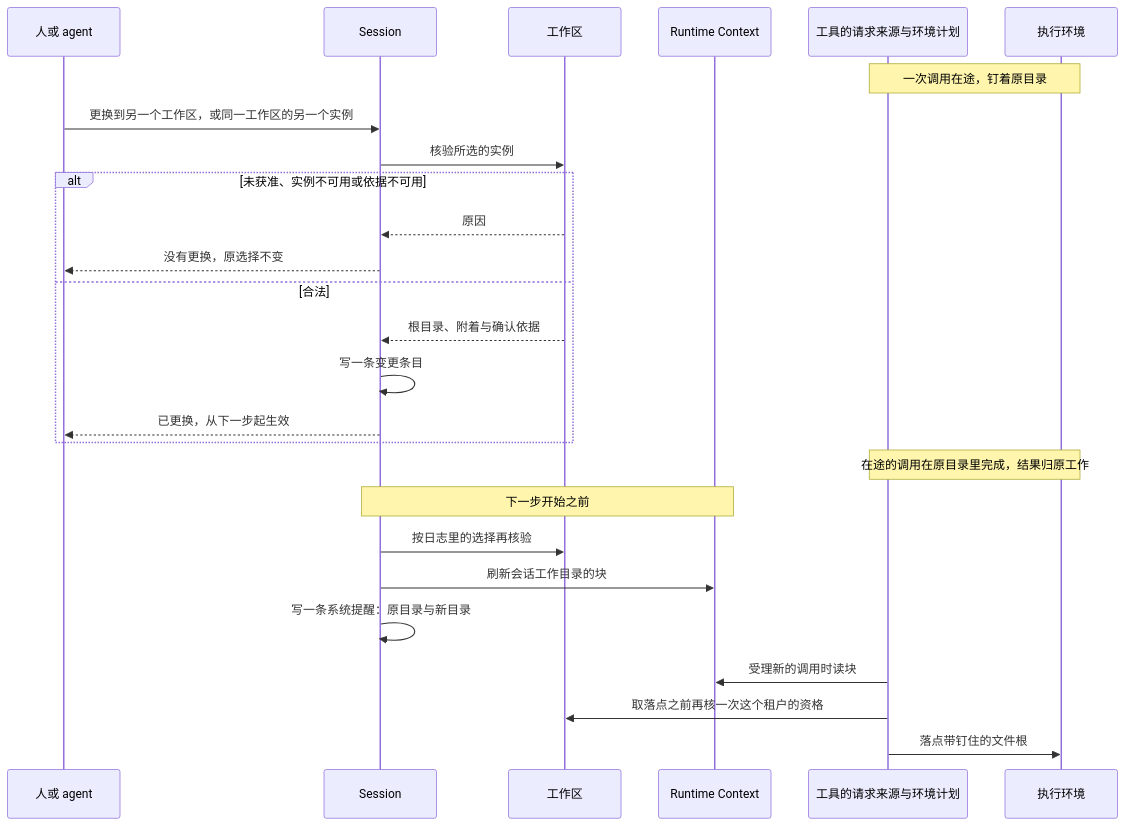
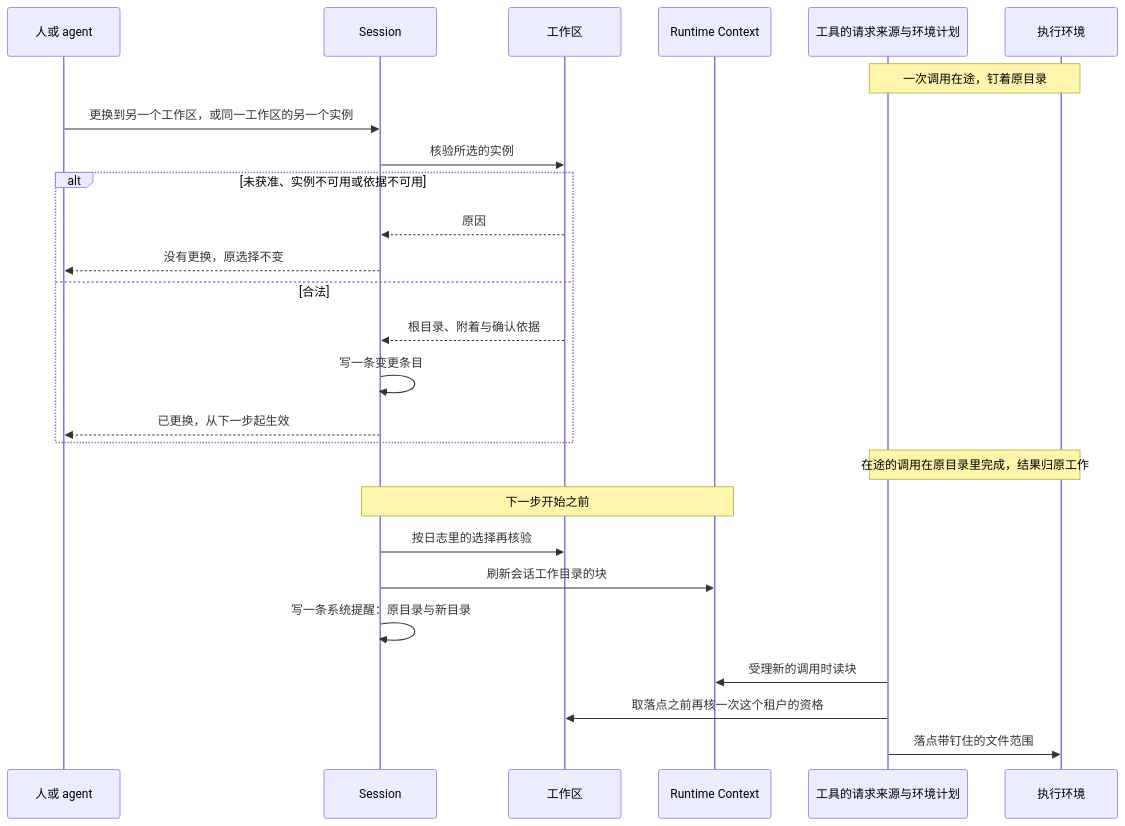
One commit to nemori-ai/omne-harness-lite changed the third of 3 diagrams in docs/domains/workspaces/key-flows.md. Above: the diagram before and after it, drawn with Mermaid. The commit also changed other lines of this file and 23 other files, not shown here.

````diff
--- a/docs/domains/workspaces/key-flows.md
+++ b/docs/domains/workspaces/key-flows.md
@@ -114,28 +114,28 @@
 ```mermaid
 sequenceDiagram
     participant U as 人或 agent
     participant S as Session
     participant W as 工作区
     participant R as Runtime Context
     participant T as 工具的请求来源与环境计划
     participant E as 执行环境
     Note over T,E: 一次调用在途，钉着原目录
     U->>S: 更换到另一个工作区，或同一工作区的另一个实例
     S->>W: 核验所选的实例
     alt 未获准、实例不可用或依据不可用
         W-->>S: 原因
         S-->>U: 没有更换，原选择不变
     else 合法
         W-->>S: 根目录、附着与确认依据
         S->>S: 写一条变更条目
         S-->>U: 已更换，从下一步起生效
     end
     Note over T,E: 在途的调用在原目录里完成，结果归原工作
     Note over S,R: 下一步开始之前
     S->>W: 按日志里的选择再核验
     S->>R: 刷新会话工作目录的块
     S->>S: 写一条系统提醒：原目录与新目录
     T->>R: 受理新的调用时读块
     T->>W: 取落点之前再核一次这个租户的资格
-    T->>E: 落点带钉住的文件根
+    T->>E: 落点带钉住的文件范围
 ```
````
